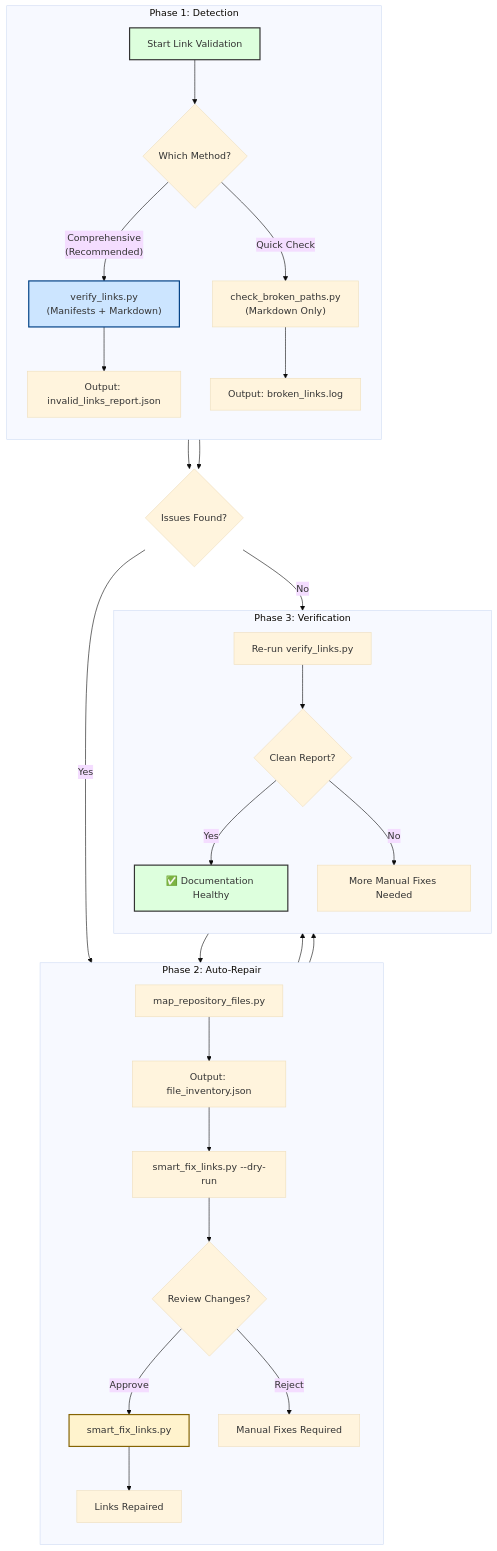
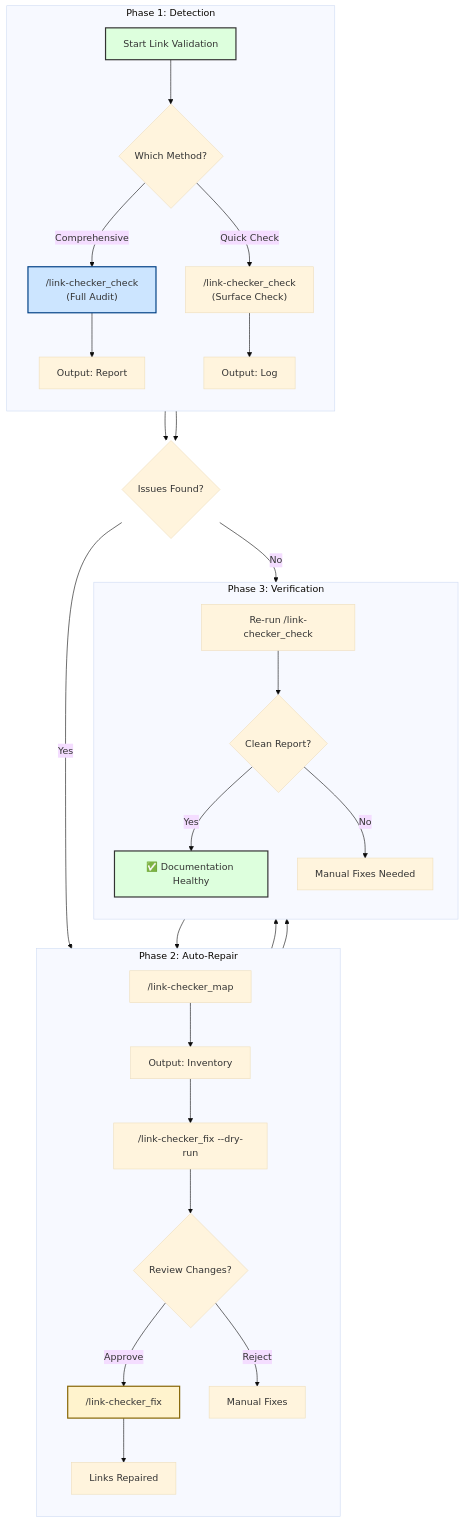
One commit to richfrem/InvestmentToolkit changed the diagram in plugins/link-checker/docs/link_checker_workflow.mmd. Above: the diagram before and after it, drawn with Mermaid. The commit also changed 442 other files, not shown here.

```diff
--- a/plugins/link-checker/docs/link_checker_workflow.mmd
+++ b/plugins/link-checker/docs/link_checker_workflow.mmd
@@ -1,58 +1,58 @@
 ---
 config:
   layout: dagre
   theme: base
 ---
 
 %% Name: Link Checker Workflow
 %% Description: Sequence for validating and repairing broken documentation links
 %% Location: docs/architecture_diagrams/workflows/link_checker_workflow.mmd
 
 flowchart TB
     subgraph Detection["Phase 1: Detection"]
         direction TB
         Start["Start Link Validation"] --> Choice{Which Method?}
         
-        Choice -- "Comprehensive<br/>(Recommended)" --> VerifyLinks["verify_links.py<br/>(Manifests + Markdown)"]
-        Choice -- "Quick Check" --> CheckBroken["check_broken_paths.py<br/>(Markdown Only)"]
+        Choice -- "Comprehensive" --> VerifyLinks["/link-checker_check<br/>(Full Audit)"]
+        Choice -- "Quick Check" --> CheckBroken["/link-checker_check<br/>(Surface Check)"]
         
-        VerifyLinks --> Report1["Output: invalid_links_report.json"]
-        CheckBroken --> Report2["Output: broken_links.log"]
+        VerifyLinks --> Report1["Output: Report"]
+        CheckBroken --> Report2["Output: Log"]
     end
     
     subgraph Repair["Phase 2: Auto-Repair"]
         direction TB
-        MapFiles["map_repository_files.py"] --> Inventory["Output: file_inventory.json"]
-        Inventory --> DryRun["smart_fix_links.py --dry-run"]
+        MapFiles["/link-checker_map"] --> Inventory["Output: Inventory"]
+        Inventory --> DryRun["/link-checker_fix --dry-run"]
         DryRun --> Review{Review Changes?}
-        Review -- "Approve" --> Fix["smart_fix_links.py"]
-        Review -- "Reject" --> Manual["Manual Fixes Required"]
+        Review -- "Approve" --> Fix["/link-checker_fix"]
+        Review -- "Reject" --> Manual["Manual Fixes"]
         Fix --> Fixed["Links Repaired"]
     end
     
     subgraph Verify["Phase 3: Verification"]
         direction TB
-        ReCheck["Re-run verify_links.py"] --> Clean{Clean Report?}
+        ReCheck["Re-run /link-checker_check"] --> Clean{Clean Report?}
         Clean -- "Yes" --> Success["✅ Documentation Healthy"]
-        Clean -- "No" --> Manual2["More Manual Fixes Needed"]
+        Clean -- "No" --> Manual2["Manual Fixes Needed"]
     end
     
     %% Flow connections
     Report1 --> HasIssues{Issues Found?}
     Report2 --> HasIssues
     
     HasIssues -- "Yes" --> MapFiles
     HasIssues -- "No" --> Success
     
     Fixed --> ReCheck
     Manual --> ReCheck
     Manual2 --> MapFiles
 
     %% Styles
     style Start fill:#dfd,stroke:#333,stroke-width:2px
     style Success fill:#dfd,stroke:#333,stroke-width:2px
     style VerifyLinks fill:#cce5ff,stroke:#004085,stroke-width:2px
     style Fix fill:#fff3cd,stroke:#856404,stroke-width:2px
     
     %% Metadata
     %% Last Updated: 2026-01-11
```
